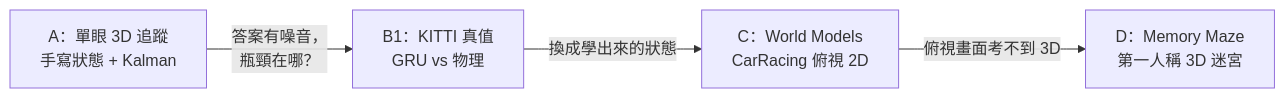
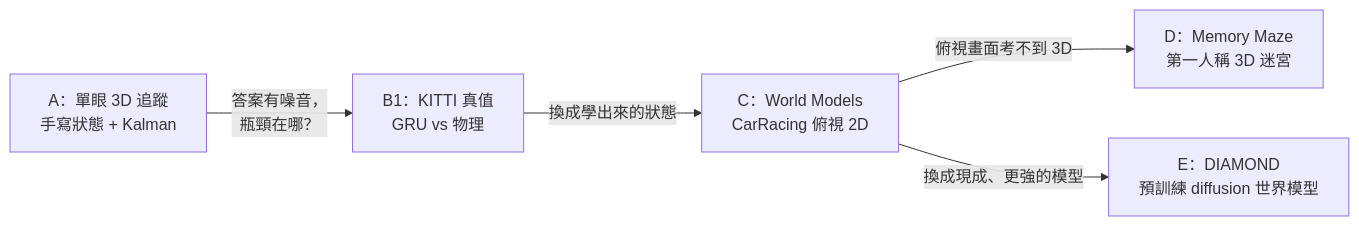
Before and after one commit to ccc-model/world-model: the diagram in doc/overview.md, drawn with Mermaid. The commit also changed other lines of this file and 14 other files, not shown here.

First line of the commit message:
Add experiment E: pretrained DIAMOND diffusion world model on Atari

````diff
--- a/doc/overview.md
+++ b/doc/overview.md
@@ -54,6 +54,7 @@
 ```mermaid
 flowchart LR
   A["A：單眼 3D 追蹤<br/>手寫狀態 + Kalman"] -->|"答案有噪音，<br/>瓶頸在哪？"| B["B1：KITTI 真值<br/>GRU vs 物理"]
   B -->|"換成學出來的狀態"| C["C：World Models<br/>CarRacing 俯視 2D"]
   C -->|"俯視畫面考不到 3D"| D["D：Memory Maze<br/>第一人稱 3D 迷宮"]
+  C -->|"換成現成、更強的模型"| E["E：DIAMOND<br/>預訓練 diffusion 世界模型"]
 ```
````
